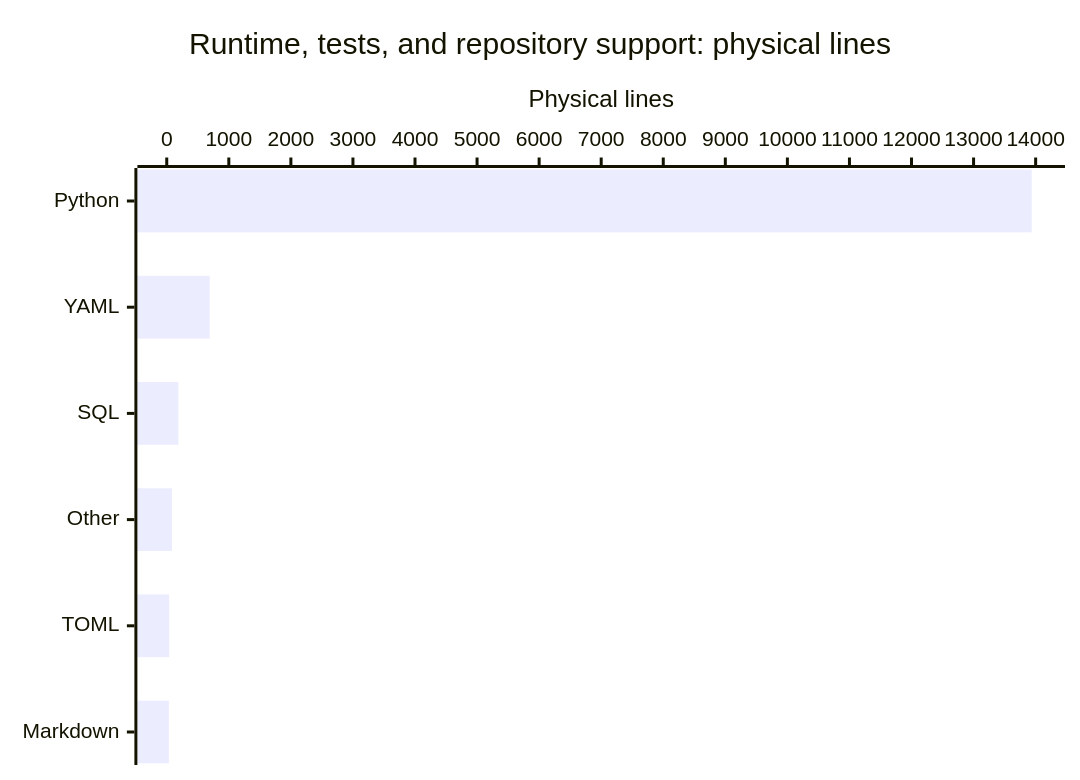
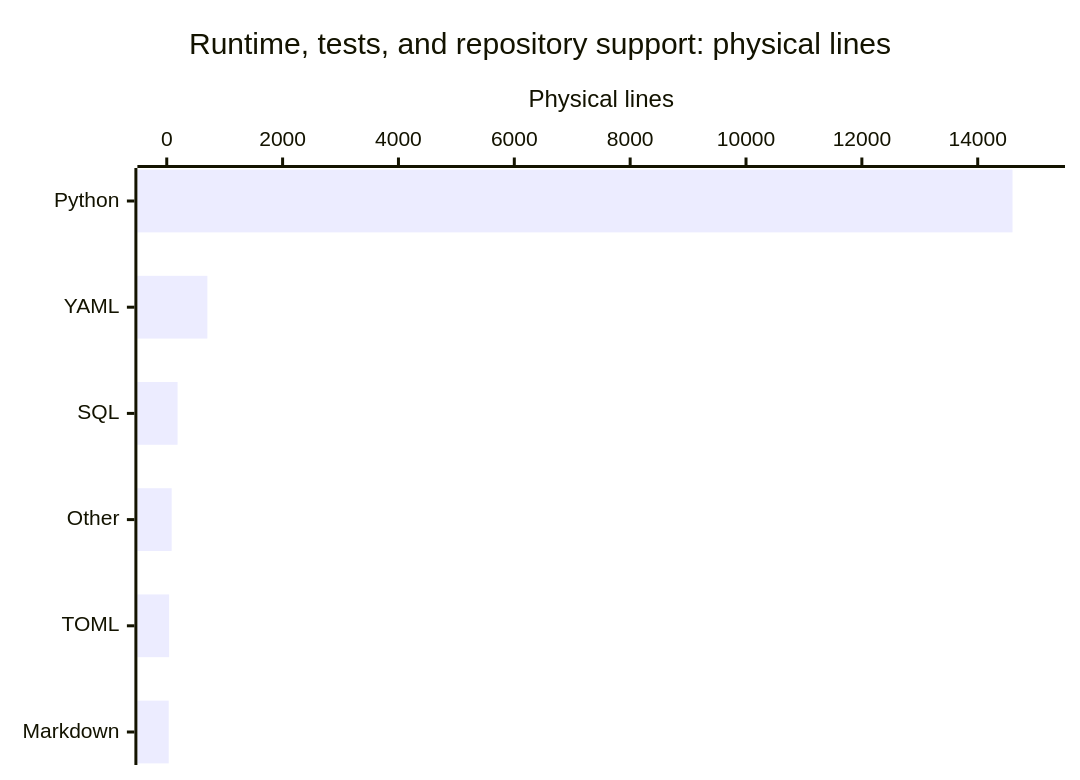
The diagram in droid-wiki/by-the-numbers.md (calisweetleaf/somnus-metadata), drawn with Mermaid before and after one commit. The commit also changed other lines of this file and 29 other files, not shown here.

````diff
--- a/droid-wiki/by-the-numbers.md
+++ b/droid-wiki/by-the-numbers.md
@@ -21,7 +23,7 @@
 ```mermaid
 xychart-beta horizontal
     title "Runtime, tests, and repository support: physical lines"
     x-axis ["Python", "YAML", "SQL", "Other", "TOML", "Markdown"]
-    y-axis "Physical lines" 0 --> 14000
-    bar [13936, 692, 187, 85, 39, 34]
+    y-axis "Physical lines" 0 --> 15000
+    bar [14601, 701, 187, 85, 41, 34]
 ```
````
